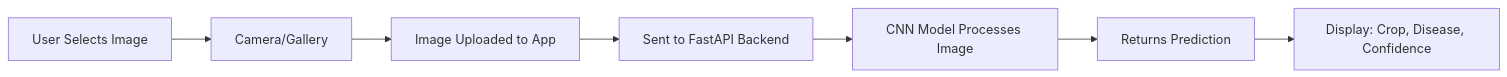
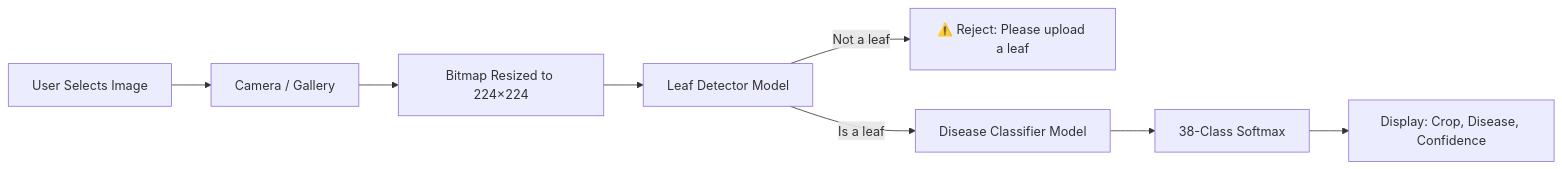
The diagram in README.md (thesatyam161/cropsense), drawn with Mermaid before and after one commit. The commit also changed other lines of this file, not shown here.

Commit message:
Rewrite README to reflect on-device TFLite architecture

````diff
--- a/README.md
+++ b/README.md
@@ -90,9 +92,10 @@
 ```mermaid
 graph LR
-    A[User Selects Image] --> B[Camera/Gallery]
-    B --> C[Image Uploaded to App]
-    C --> D[Sent to FastAPI Backend]
-    D --> E[CNN Model Processes Image]
-    E --> F[Returns Prediction]
+    A[User Selects Image] --> B[Camera / Gallery]
+    B --> C[Bitmap Resized to 224×224]
+    C --> D[Leaf Detector Model]
+    D -- Not a leaf --> R1[⚠️ Reject: Please upload a leaf]
+    D -- Is a leaf --> E[Disease Classifier Model]
+    E --> F[38-Class Softmax]
     F --> G[Display: Crop, Disease, Confidence]
 ```
````
